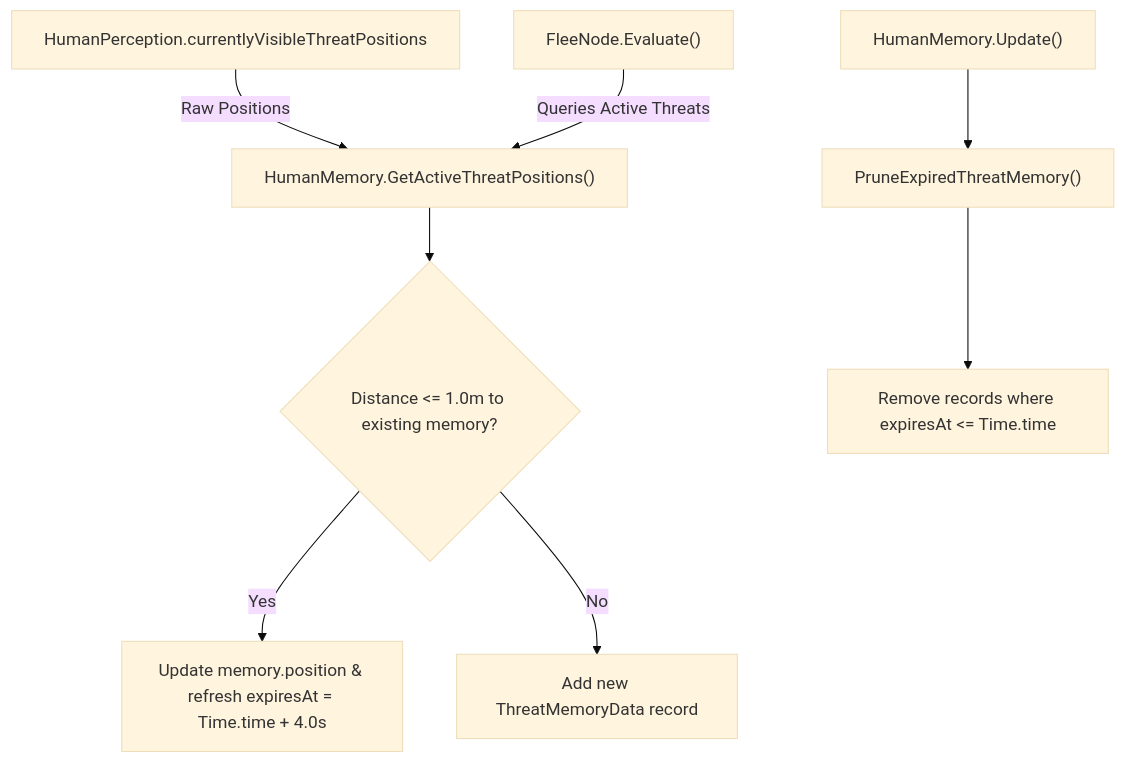
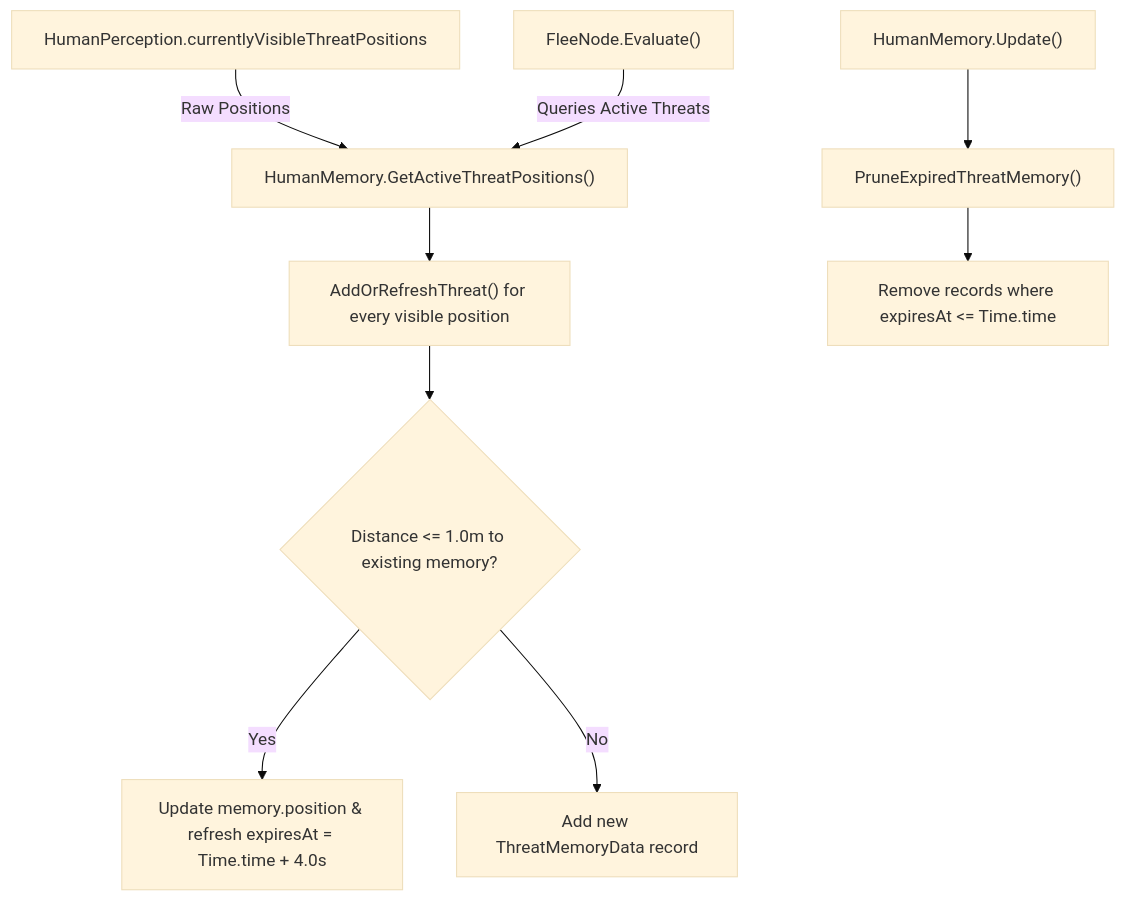
One commit to NeoLorenzo/Life-Engine-3D changed the diagram in docs/systems/memory.md. Above: the diagram before and after it, drawn with Mermaid (base theme). The commit also changed other lines of this file, not shown here.

Commit message:
Document bounded multi-threat memory semantics

````diff
--- a/docs/systems/memory.md
+++ b/docs/systems/memory.md
@@ -46,12 +48,13 @@
 ```mermaid
 graph TD
     P["HumanPerception.currentlyVisibleThreatPositions"] -->|Raw Positions| M["HumanMemory.GetActiveThreatPositions()"]
-    M --> A{"Distance <= 1.0m to existing memory?"}
+    M --> R["AddOrRefreshThreat() for every visible position"]
+    R --> A{"Distance <= 1.0m to existing memory?"}
     A -- Yes --> B["Update memory.position & refresh expiresAt = Time.time + 4.0s"]
     A -- No --> C["Add new ThreatMemoryData record"]
     
     U["HumanMemory.Update()"] --> D["PruneExpiredThreatMemory()"]
     D --> E["Remove records where expiresAt <= Time.time"]
     
     F["FleeNode.Evaluate()"] -->|Queries Active Threats| M
 ```
````
